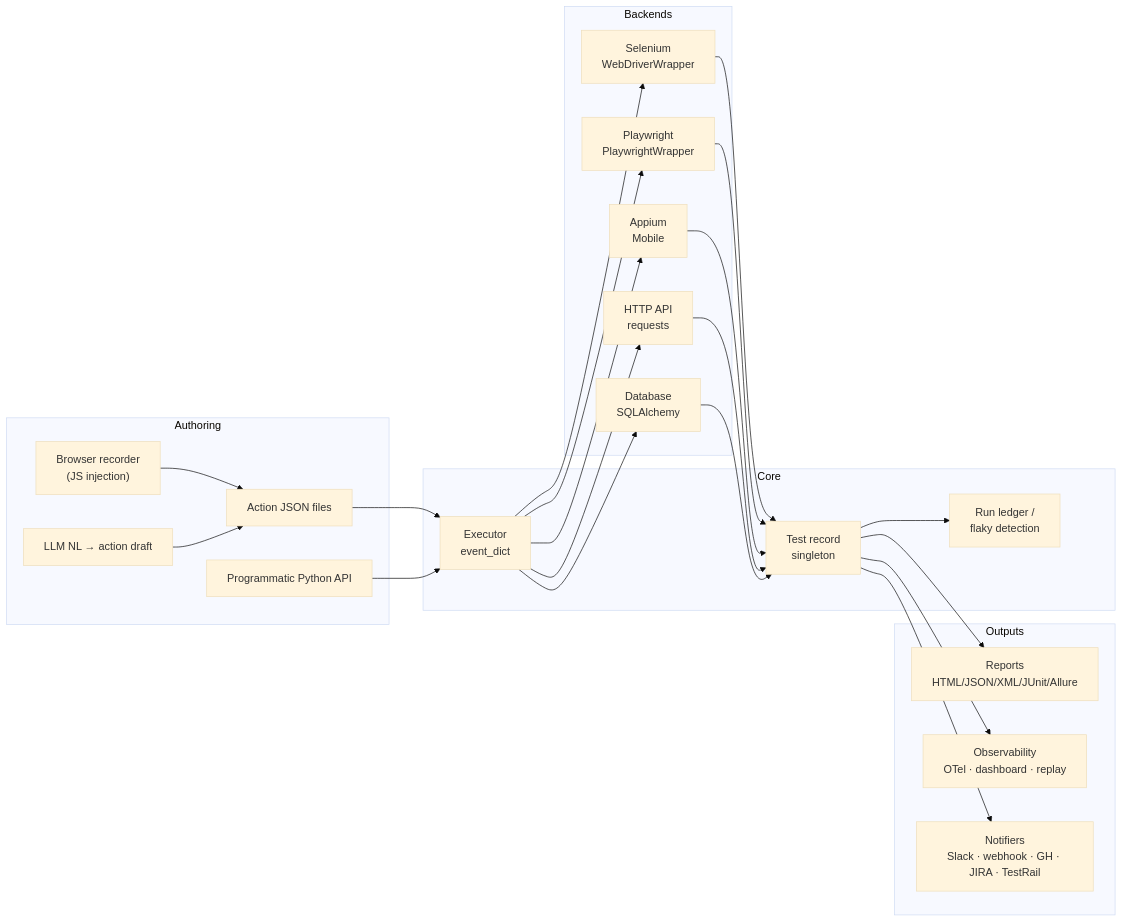
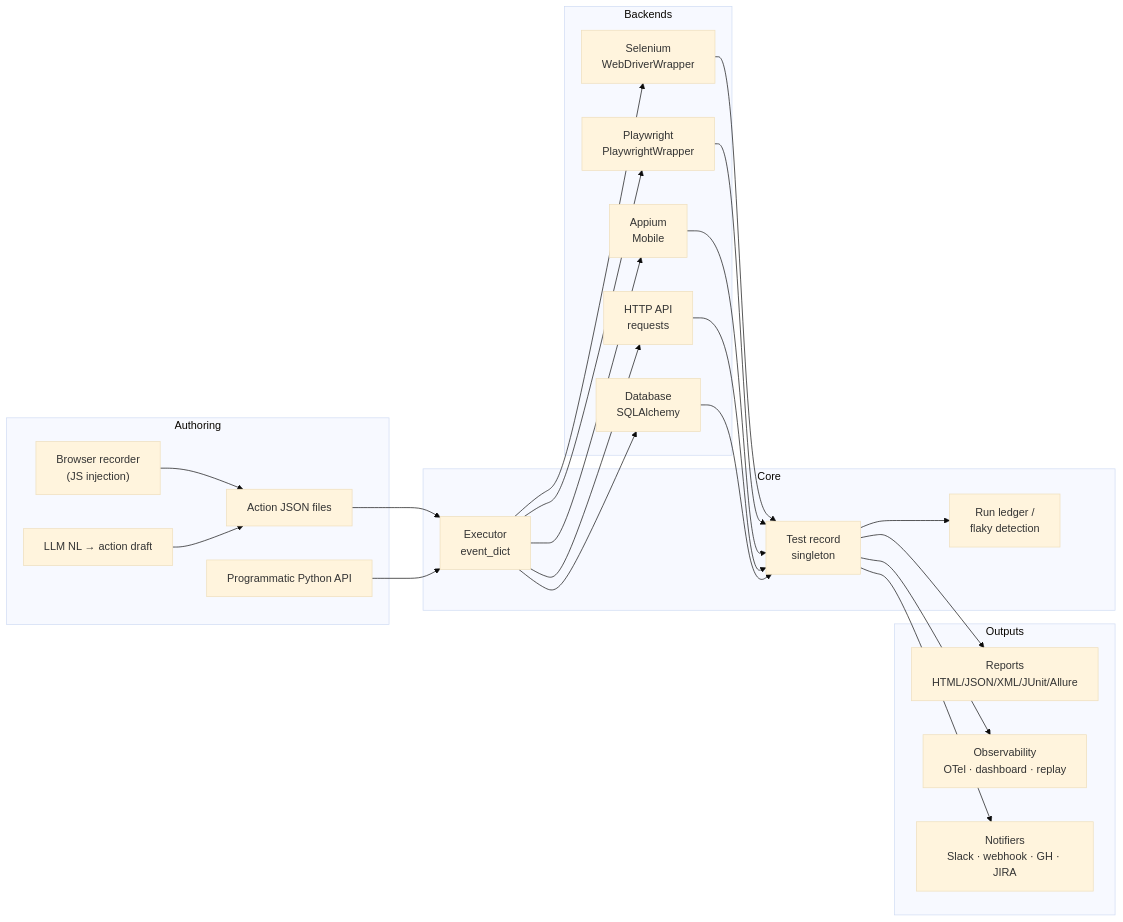
The first of 3 diagrams in README.md (Integration-Automation/WebRunner), drawn with Mermaid (base theme) before and after one commit. The commit also changed other lines of this file and 39 other files, not shown here.

````diff
--- a/README.md
+++ b/README.md
@@ -119,48 +121,48 @@
 ```mermaid
 flowchart LR
   subgraph Authoring
     A1["Action JSON files"]
     A2["Programmatic Python API"]
     A3["Browser recorder<br/>(JS injection)"]
     A4["LLM NL → action draft"]
   end
 
   subgraph Core
     EXE["Executor<br/>event_dict"]
     REC["Test record<br/>singleton"]
     LDG["Run ledger /<br/>flaky detection"]
   end
 
   subgraph Backends
     SEL["Selenium<br/>WebDriverWrapper"]
     PW["Playwright<br/>PlaywrightWrapper"]
     APM["Appium<br/>Mobile"]
     HTTP["HTTP API<br/>requests"]
     DB["Database<br/>SQLAlchemy"]
   end
 
   subgraph Outputs
     REP["Reports<br/>HTML/JSON/XML/JUnit/Allure"]
     OBS["Observability<br/>OTel · dashboard · replay"]
-    NOT["Notifiers<br/>Slack · webhook · GH · JIRA · TestRail"]
+    NOT["Notifiers<br/>Slack · webhook · GH · JIRA"]
   end
 
   A1 --> EXE
   A2 --> EXE
   A3 --> A1
   A4 --> A1
   EXE --> SEL
   EXE --> PW
   EXE --> APM
   EXE --> HTTP
   EXE --> DB
   SEL --> REC
   PW --> REC
   APM --> REC
   HTTP --> REC
   DB --> REC
   REC --> LDG
   REC --> REP
   REC --> OBS
   REC --> NOT
 ```
````
